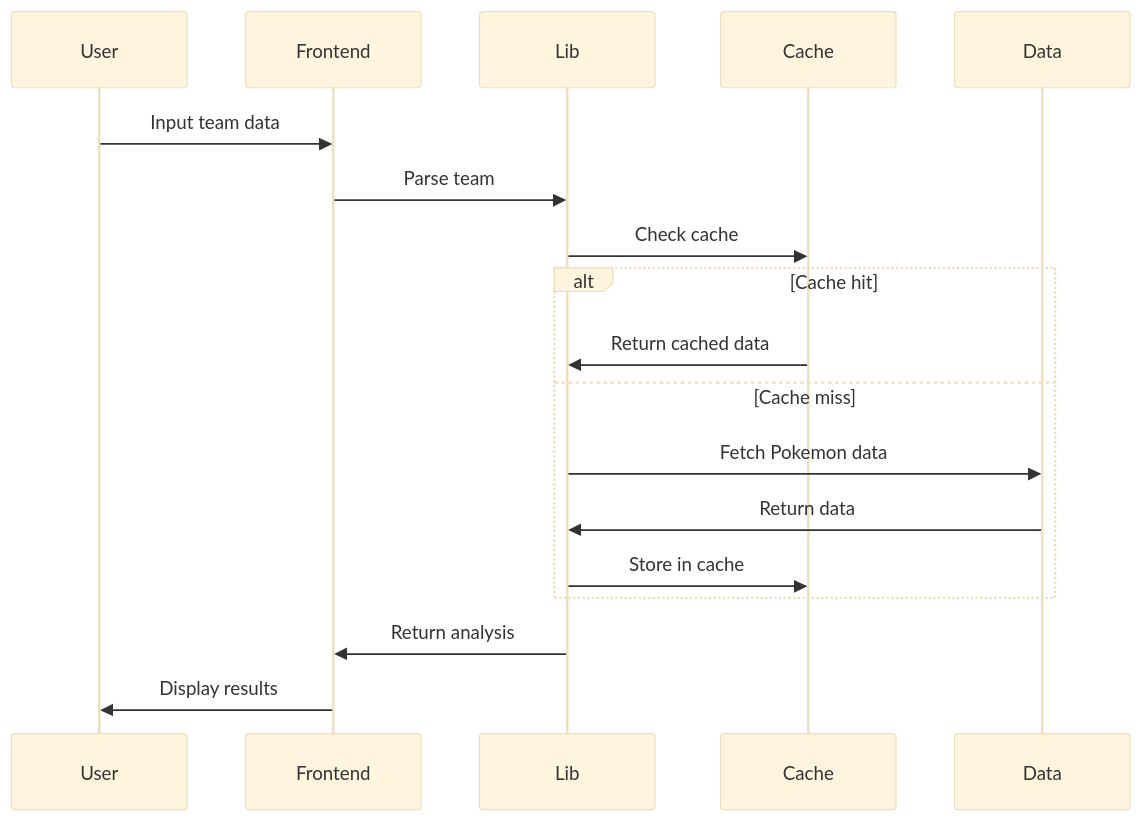
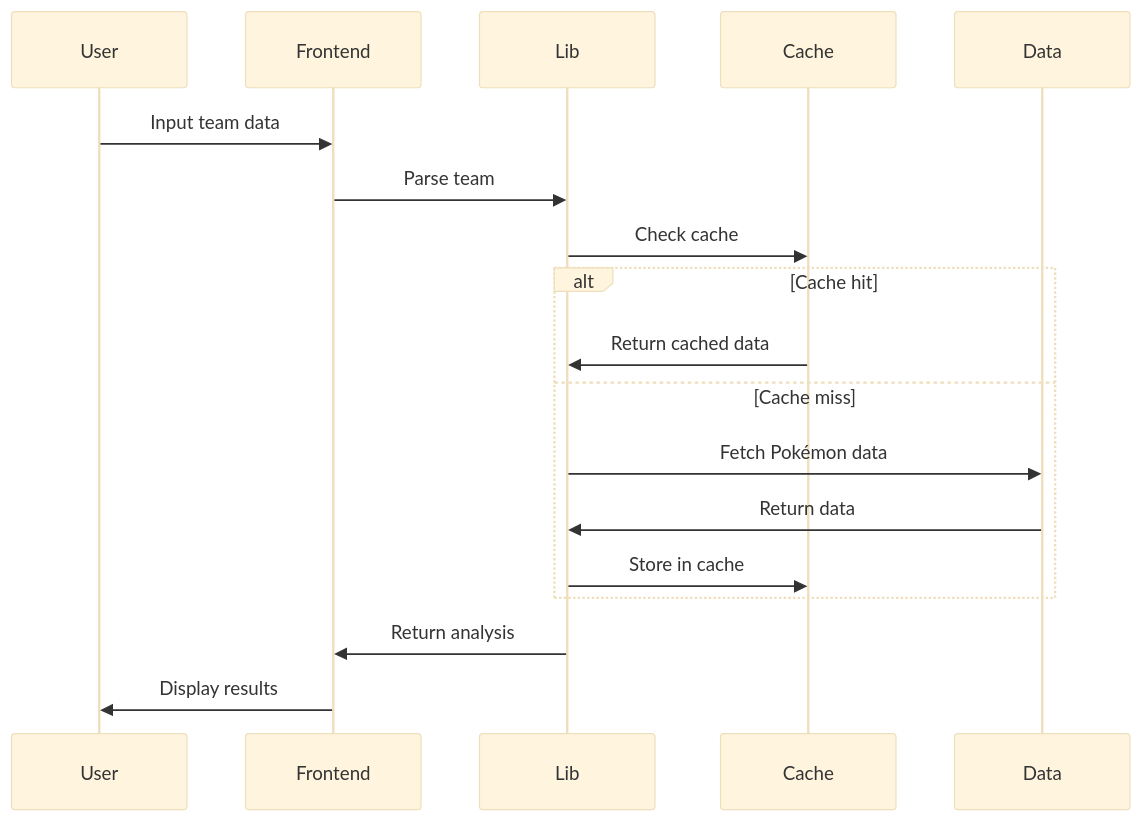
The second of 2 diagrams in docs/ARCHITECTURE.md (ten2ten2/pokemon-team-analysis), drawn with Mermaid (base theme) before and after one commit. The commit also changed other lines of this file and 10 other files, not shown here.

````diff
--- a/docs/ARCHITECTURE.md
+++ b/docs/ARCHITECTURE.md
@@ -145,21 +145,21 @@
 ```mermaid
 sequenceDiagram
     participant U as User
     participant F as Frontend
     participant L as Lib
     participant C as Cache
     participant D as Data
 
     U->>F: Input team data
     F->>L: Parse team
     L->>C: Check cache
     alt Cache hit
         C->>L: Return cached data
     else Cache miss
-        L->>D: Fetch Pokemon data
+        L->>D: Fetch Pokémon data
         D->>L: Return data
         L->>C: Store in cache
     end
     L->>F: Return analysis
     F->>U: Display results
 ```
````
